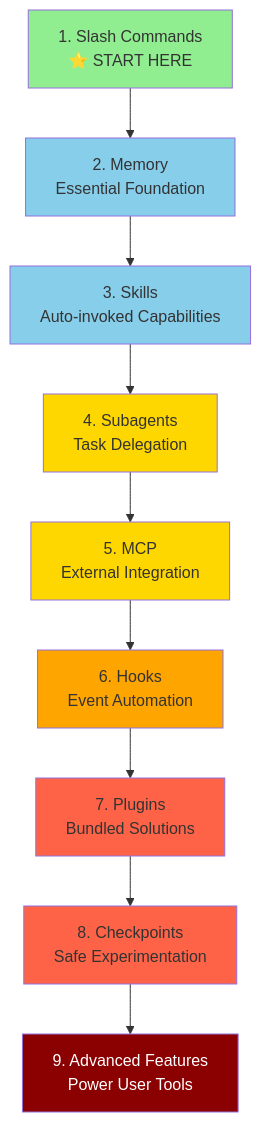
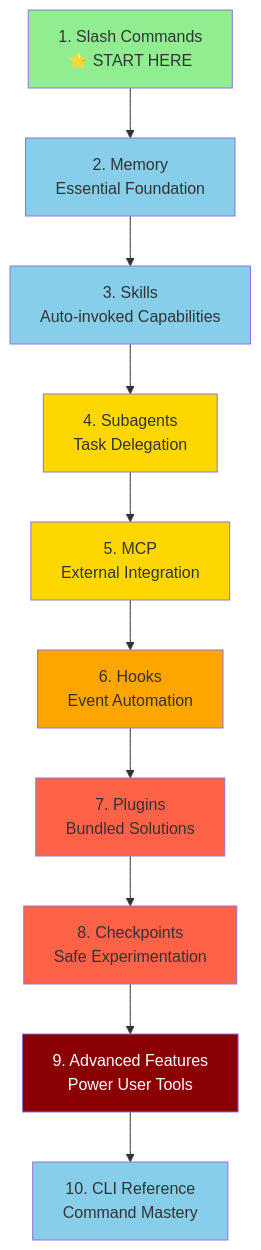
One commit to omnimasudo/croft-howto changed the diagram in LEARNING-ROADMAP.md. Above: the diagram before and after it, drawn with Mermaid. The commit also changed other lines of this file and 3 other files, not shown here.

First line of the commit message:
docs: Add CLI Reference lesson (10-cli)

````diff
--- a/LEARNING-ROADMAP.md
+++ b/LEARNING-ROADMAP.md
@@ -23,21 +23,23 @@
 ```mermaid
 graph TD
     A[1. Slash Commands<br/>⭐ START HERE] --> B[2. Memory<br/>Essential Foundation]
     B --> C[3. Skills<br/>Auto-invoked Capabilities]
     C --> D[4. Subagents<br/>Task Delegation]
     D --> E[5. MCP<br/>External Integration]
     E --> F[6. Hooks<br/>Event Automation]
     F --> G[7. Plugins<br/>Bundled Solutions]
     G --> H[8. Checkpoints<br/>Safe Experimentation]
     H --> I[9. Advanced Features<br/>Power User Tools]
+    I --> J[10. CLI Reference<br/>Command Mastery]
 
     style A fill:#90EE90
     style B fill:#87CEEB
     style C fill:#87CEEB
     style D fill:#FFD700
     style E fill:#FFD700
     style F fill:#FFA500
     style G fill:#FF6347
     style H fill:#FF6347
     style I fill:#8B0000,color:#fff
+    style J fill:#87CEEB
 ```
````
